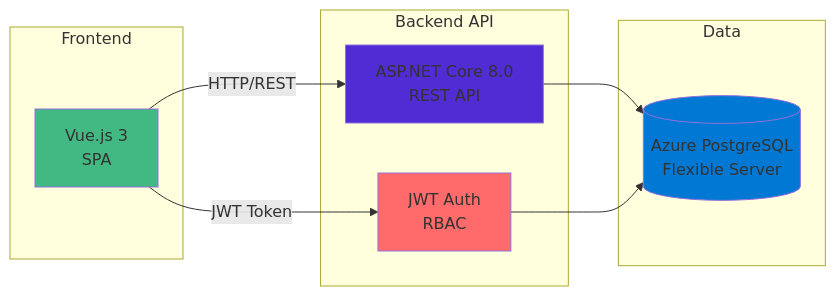
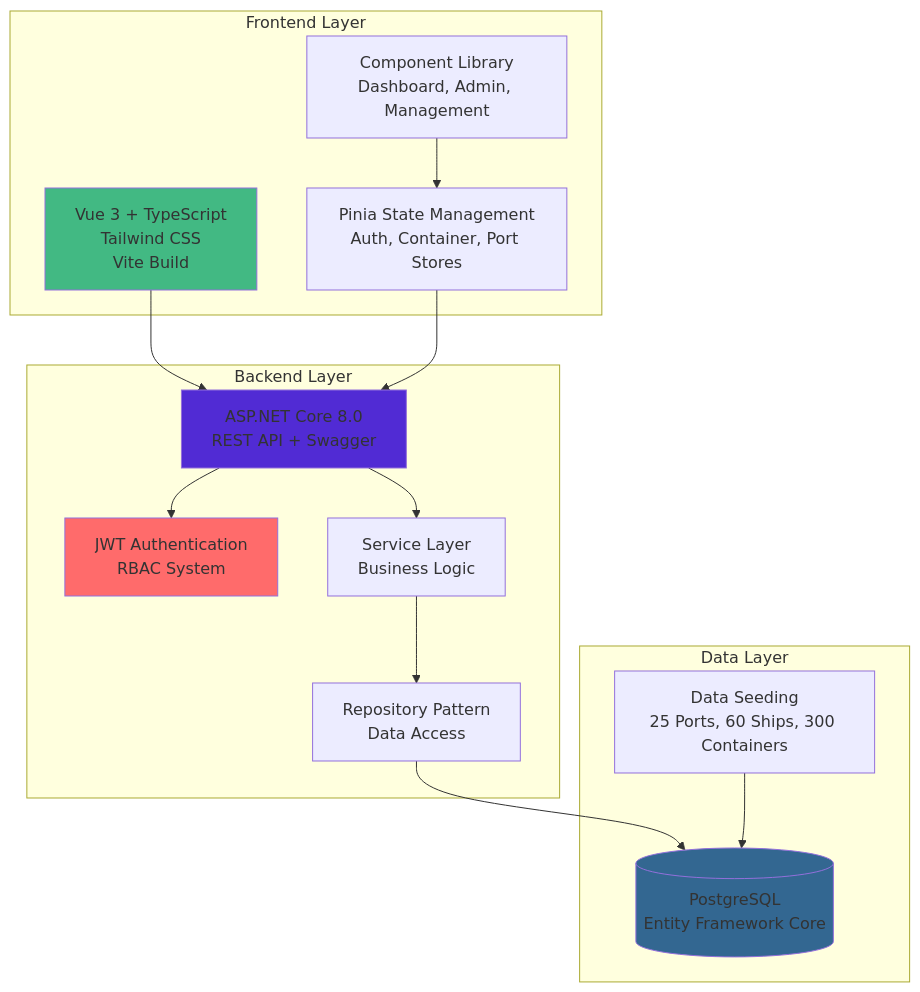
Before and after one commit to kalviumcommunity/Container-Tracking-and-Port-Operations-Maersk-Hackathon: the diagram in README.md, drawn with Mermaid. The commit also changed other lines of this file and 18 other files, not shown here.

````diff
--- a/README.md
+++ b/README.md
@@ -109,25 +226,34 @@
 ```mermaid
-graph LR
-    subgraph "Frontend"
-        VUE[Vue.js 3<br/>SPA]
+graph TB
+    subgraph "Frontend Layer"
+        VUE[Vue 3 + TypeScript<br/>Tailwind CSS<br/>Vite Build]
+        COMP[Component Library<br/>Dashboard, Admin, Management]
+        STATE[Pinia State Management<br/>Auth, Container, Port Stores]
     end
     
-    subgraph "Backend API"
-        API[ASP.NET Core 8.0<br/>REST API]
-        AUTH[JWT Auth<br/>RBAC]
+    subgraph "Backend Layer"
+        API[ASP.NET Core 8.0<br/>REST API + Swagger]
+        AUTH[JWT Authentication<br/>RBAC System]
+        SERV[Service Layer<br/>Business Logic]
+        REPO[Repository Pattern<br/>Data Access]
     end
     
-    subgraph "Data"
-        AZURE[(Azure PostgreSQL<br/>Flexible Server)]
+    subgraph "Data Layer"
+        POSTGRES[(PostgreSQL<br/>Entity Framework Core)]
+        SEED[Data Seeding<br/>25 Ports, 60 Ships, 300 Containers]
     end
     
-    VUE -->|HTTP/REST| API
-    VUE -->|JWT Token| AUTH
-    API --> AZURE
-    AUTH --> AZURE
+    VUE --> API
+    COMP --> STATE
+    STATE --> API
+    API --> AUTH
+    API --> SERV
+    SERV --> REPO
+    REPO --> POSTGRES
+    SEED --> POSTGRES
     
     style VUE fill:#42b983
     style API fill:#512bd4
     style AUTH fill:#FF6B6B
-    style AZURE fill:#0078d4
+    style POSTGRES fill:#336791
 ```
````
